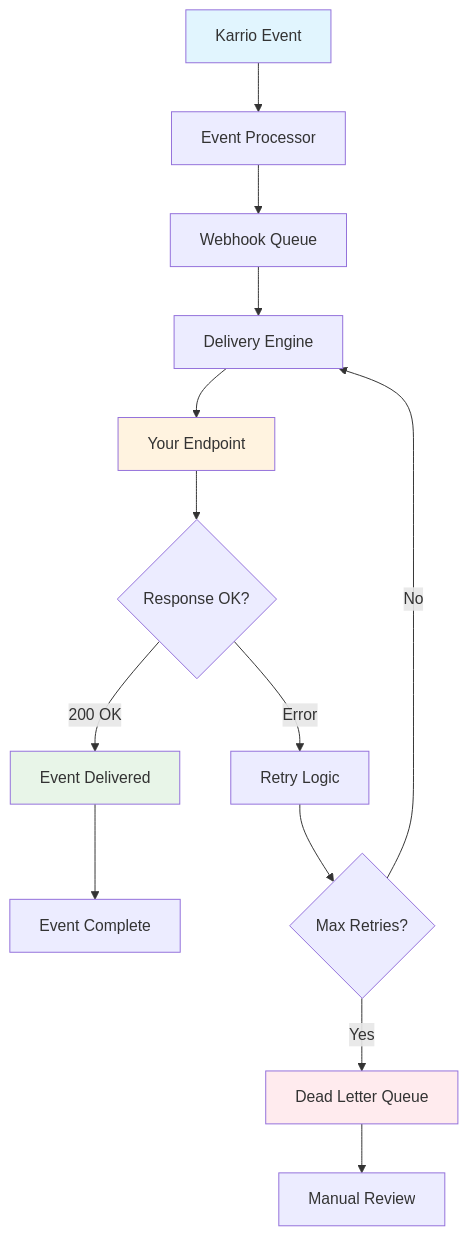
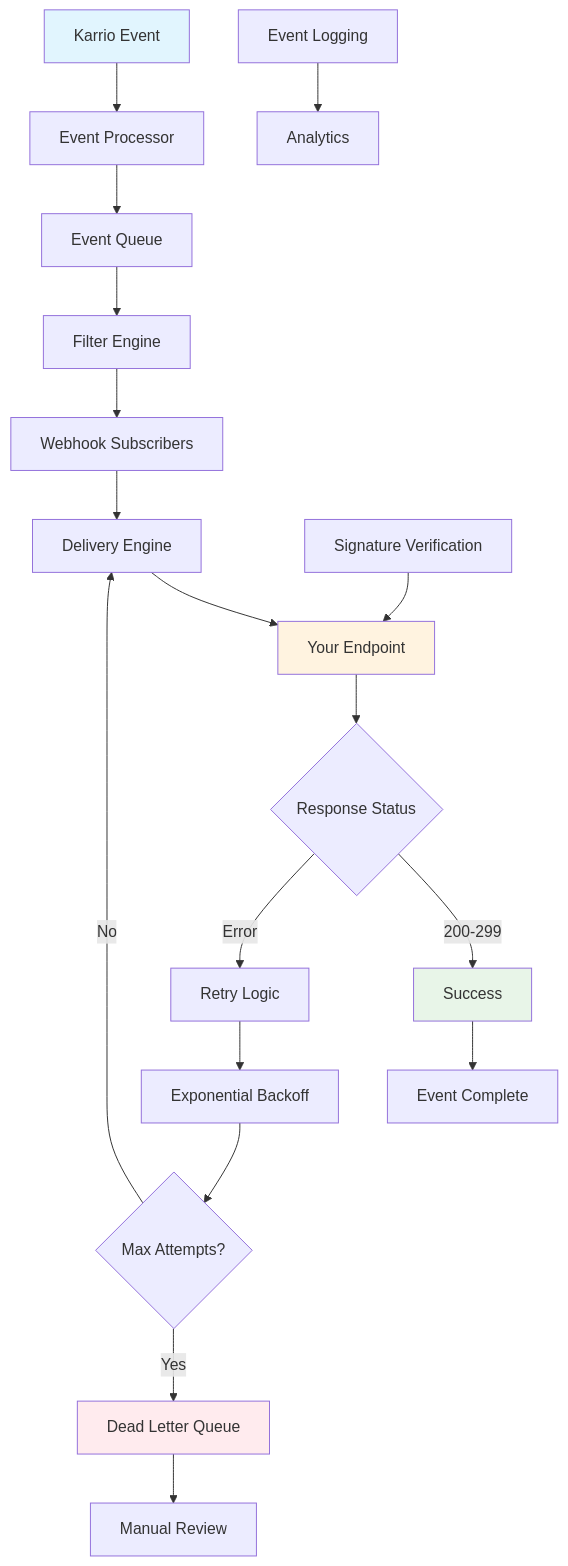
Before and after one commit to karrioapi/karrio: the diagram in apps/web/src/app/docs/products/webhooks/page.mdx, drawn with Mermaid. The commit also changed other lines of this file and 27 other files, not shown here.

````diff
--- a/apps/web/src/app/docs/products/webhooks/page.mdx
+++ b/apps/web/src/app/docs/products/webhooks/page.mdx
@@ -28,24 +66,30 @@
 ```mermaid
 flowchart TD
     A[Karrio Event] --> B[Event Processor]
-    B --> C[Webhook Queue]
-    C --> D[Delivery Engine]
+    B --> C[Event Queue]
+    C --> D[Filter Engine]
 
-    D --> E[Your Endpoint]
-    E --> F{Response OK?}
+    D --> E[Webhook Subscribers]
+    E --> F[Delivery Engine]
+    F --> G[Your Endpoint]
 
-    F -->|200 OK| G[Event Delivered]
-    F -->|Error| H[Retry Logic]
+    G --> H{Response Status}
+    H -->|200-299| I[Success]
+    H -->|Error| J[Retry Logic]
 
-    H --> I{Max Retries?}
-    I -->|No| D
-    I -->|Yes| J[Dead Letter Queue]
+    J --> K[Exponential Backoff]
+    K --> L{Max Attempts?}
+    L -->|No| F
+    L -->|Yes| M[Dead Letter Queue]
 
-    G --> K[Event Complete]
-    J --> L[Manual Review]
+    I --> N[Event Complete]
+    M --> O[Manual Review]
+
+    P[Signature Verification] --> G
+    Q[Event Logging] --> R[Analytics]
 
     style A fill:#e1f5fe
-    style E fill:#fff3e0
-    style G fill:#e8f5e8
-    style J fill:#ffebee
+    style G fill:#fff3e0
+    style I fill:#e8f5e8
+    style M fill:#ffebee
 ```
````
